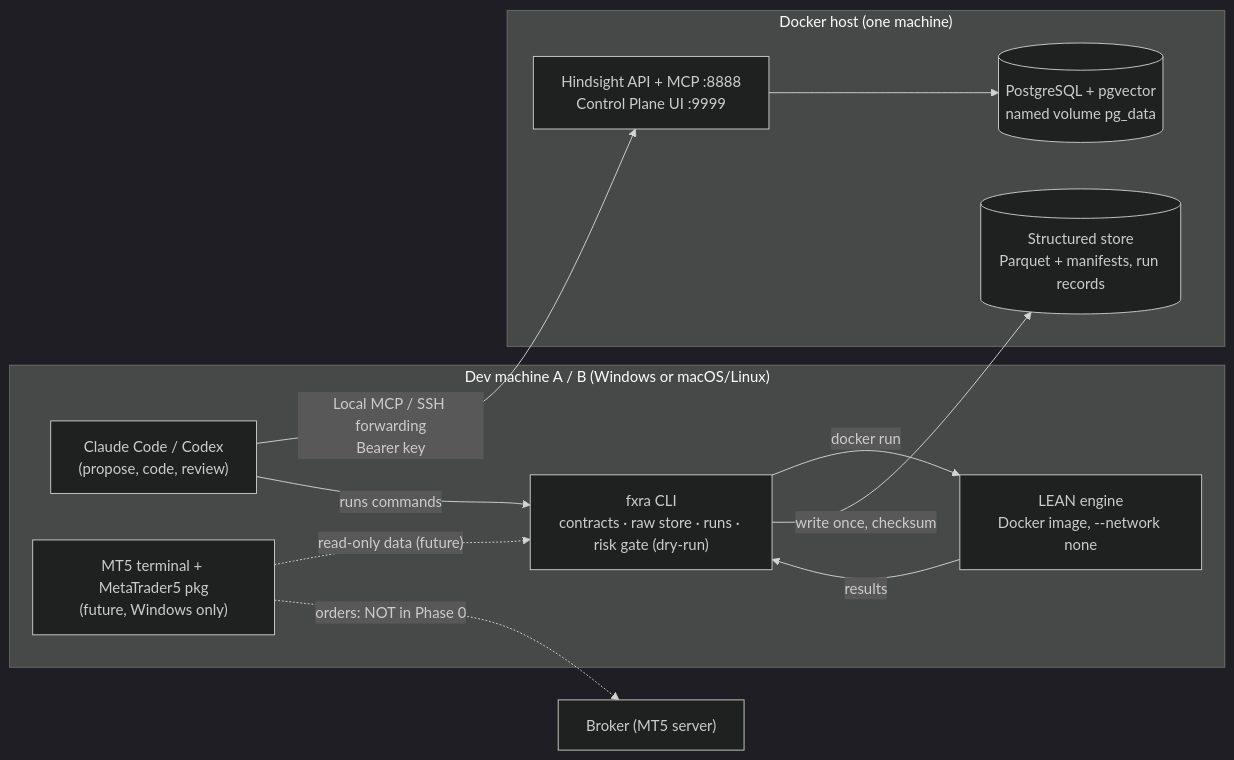
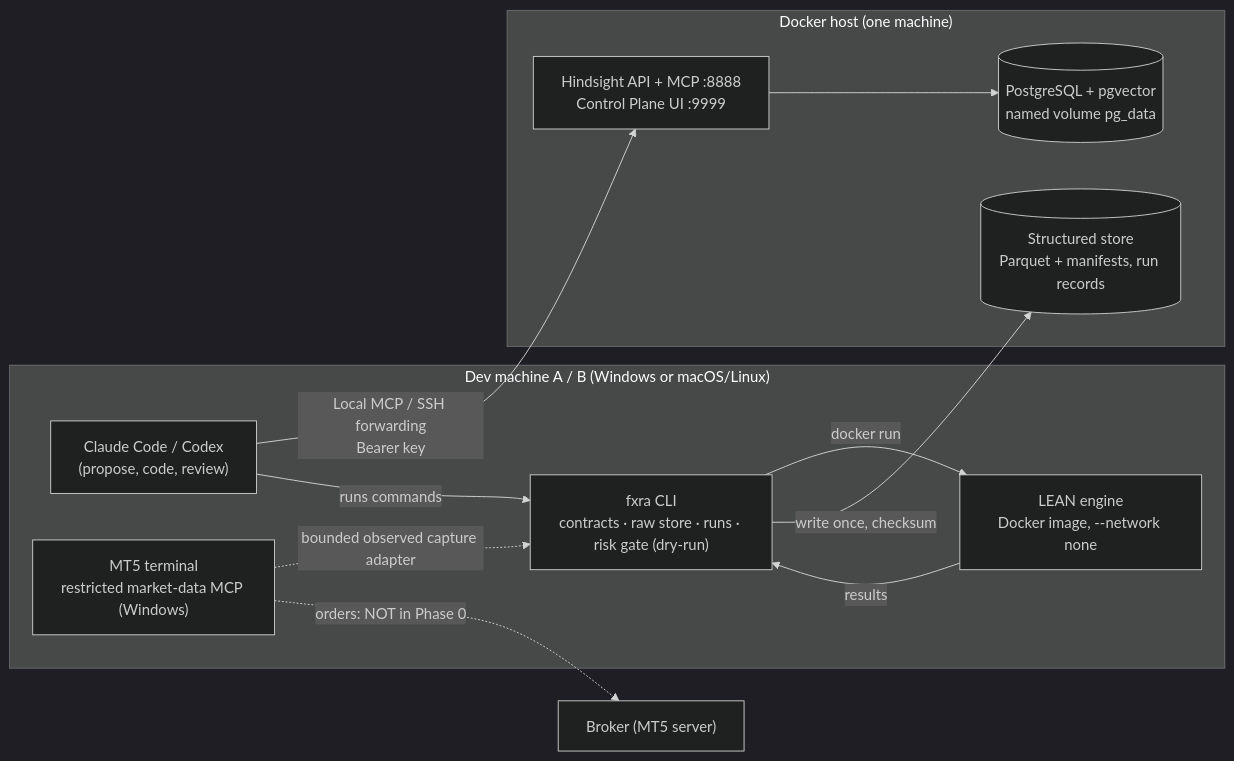
One commit to philongbuile/fx-research-agent changed the diagram in docs/architecture.md. Above: the diagram before and after it, drawn with Mermaid (dark theme). The commit also changed other lines of this file and 6 other files, not shown here.

````diff
--- a/docs/architecture.md
+++ b/docs/architecture.md
@@ -5,24 +5,24 @@
 ```mermaid
 flowchart LR
   subgraph DEV["Dev machine A / B (Windows or macOS/Linux)"]
     AG["Claude Code / Codex<br/>(propose, code, review)"]
     FX["fxra CLI<br/>contracts · raw store · runs · risk gate (dry-run)"]
     LEAN["LEAN engine<br/>Docker image, --network none"]
-    MT5T["MT5 terminal + MetaTrader5 pkg<br/>(future, Windows only)"]
+    MT5T["MT5 terminal<br/>restricted market-data MCP (Windows)"]
   end
   subgraph HOST["Docker host (one machine)"]
     HS["Hindsight API + MCP :8888<br/>Control Plane UI :9999"]
     PG[("PostgreSQL + pgvector<br/>named volume pg_data")]
     STORE[("Structured store<br/>Parquet + manifests, run records")]
   end
   BROKER["Broker (MT5 server)"]
 
   AG -- "Local MCP / SSH forwarding<br/>Bearer key" --> HS
   HS --> PG
   AG -- "runs commands" --> FX
   FX -- "docker run" --> LEAN
   FX -- "write once, checksum" --> STORE
   LEAN -- "results" --> FX
-  MT5T -. "read-only data (future)" .-> FX
+  MT5T -. "bounded observed capture adapter" .-> FX
   MT5T -. "orders: NOT in Phase 0" .-> BROKER
 ```
````
